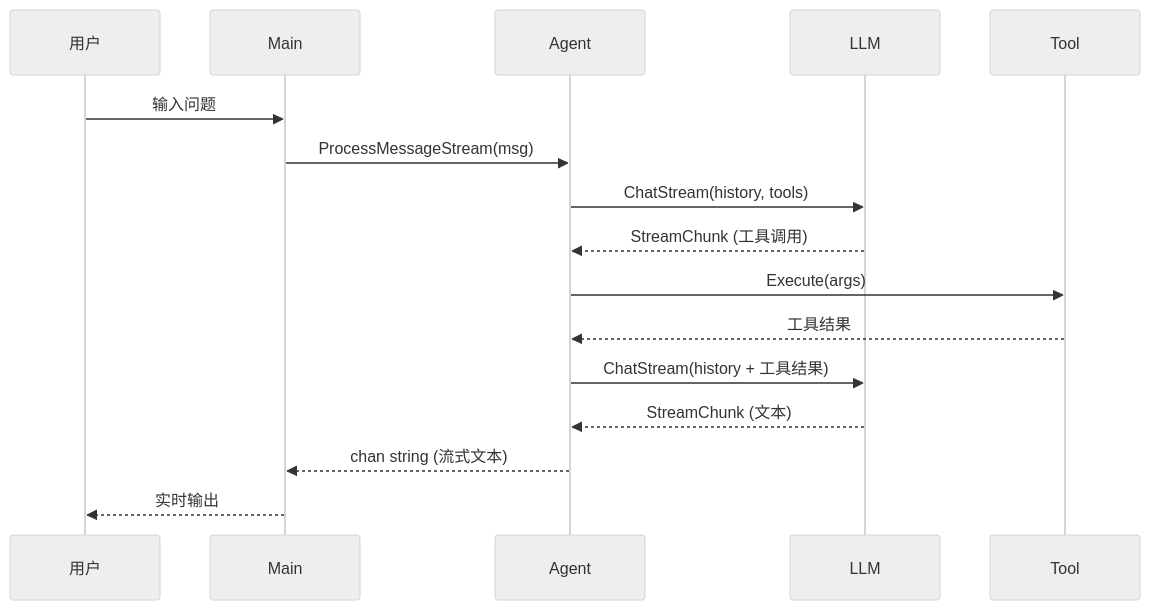
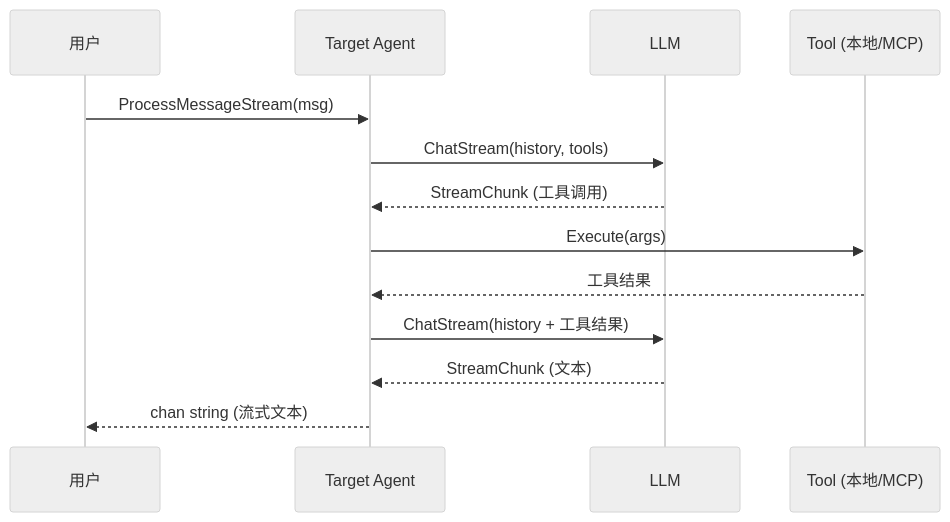
The third of 3 diagrams in README.md (hwanyan/agently), drawn with Mermaid (neutral theme) before and after one commit. The commit also changed other lines of this file and 12 other files, not shown here.

````diff
--- a/README.md
+++ b/README.md
@@ -175,19 +259,16 @@
 ```mermaid
 sequenceDiagram
     participant U as 用户
-    participant M as Main
-    participant A as Agent
+    participant A as Target Agent
     participant L as LLM
-    participant T as Tool
+    participant T as Tool (本地/MCP)
 
-    U->>M: 输入问题
-    M->>A: ProcessMessageStream(msg)
+    U->>A: ProcessMessageStream(msg)
     A->>L: ChatStream(history, tools)
     L-->>A: StreamChunk (工具调用)
     A->>T: Execute(args)
     T-->>A: 工具结果
     A->>L: ChatStream(history + 工具结果)
     L-->>A: StreamChunk (文本)
-    A-->>M: chan string (流式文本)
-    M-->>U: 实时输出
+    A-->>U: chan string (流式文本)
 ```
````
